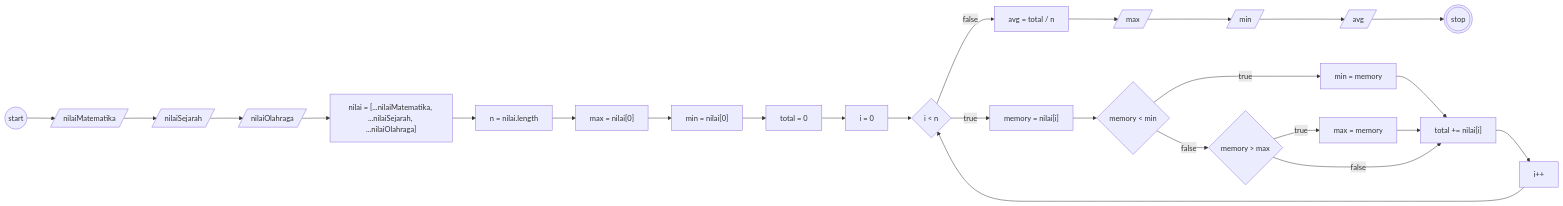
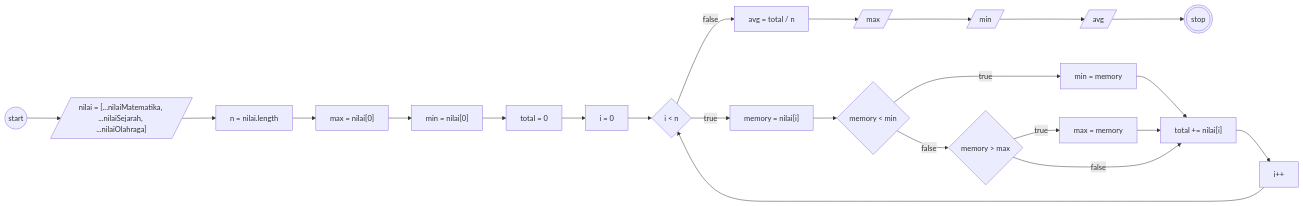
One commit to ecenn/koda-b10-javascript4 changed the diagram in README.md. Above: the diagram before and after it, drawn with Mermaid. The commit also changed 1 other file, not shown here.

````diff
--- a/README.md
+++ b/README.md
@@ -11,47 +11,43 @@
 ```mermaid
 
 flowchart LR
 
 start((start))
 stop(((stop)))
 
-mat[/nilaiMatematika/]
-seja[/nilaiSejarah/]
-olga[/nilaiOlahraga/]
-
-nilai["nilai = [...nilaiMatematika, ...nilaiSejarah, ...nilaiOlahraga]"]
+nilai[/"nilai = [...nilaiMatematika, ...nilaiSejarah, ...nilaiOlahraga]"/]
 
 n[n = nilai.length]
 
 index[i = 0]
 checkIndex{i < n}
 
 memory["memory = nilai[i]"]
 total[total = 0]
 
 max["max = nilai[0]"]
 inMax["max = memory"]
 min["min = nilai[0]"]
 inMin["min = memory"]
 avg[avg = total / n]
 
 incIndex[i++]
 
 addTotal["total += nilai[i]"]
 outMin[/min/]
 outMax[/max/]
 outAvg[/avg/]
 
 checkKecil{"memory < min"}
 checkBesar{"memory > max"}
 
-start --> mat --> seja --> olga --> nilai --> n --> max --> min --> total --> index --> checkIndex
+start --> nilai --> n --> max --> min --> total --> index --> checkIndex
 checkIndex --true--> memory --> checkKecil
 checkKecil --true--> inMin --> addTotal
 checkKecil --false--> checkBesar
 checkBesar --true--> inMax --> addTotal
 checkBesar --false--> addTotal
 addTotal --> incIndex --> checkIndex
 checkIndex --false--> avg --> outMax --> outMin --> outAvg --> stop
 
 ```
````
